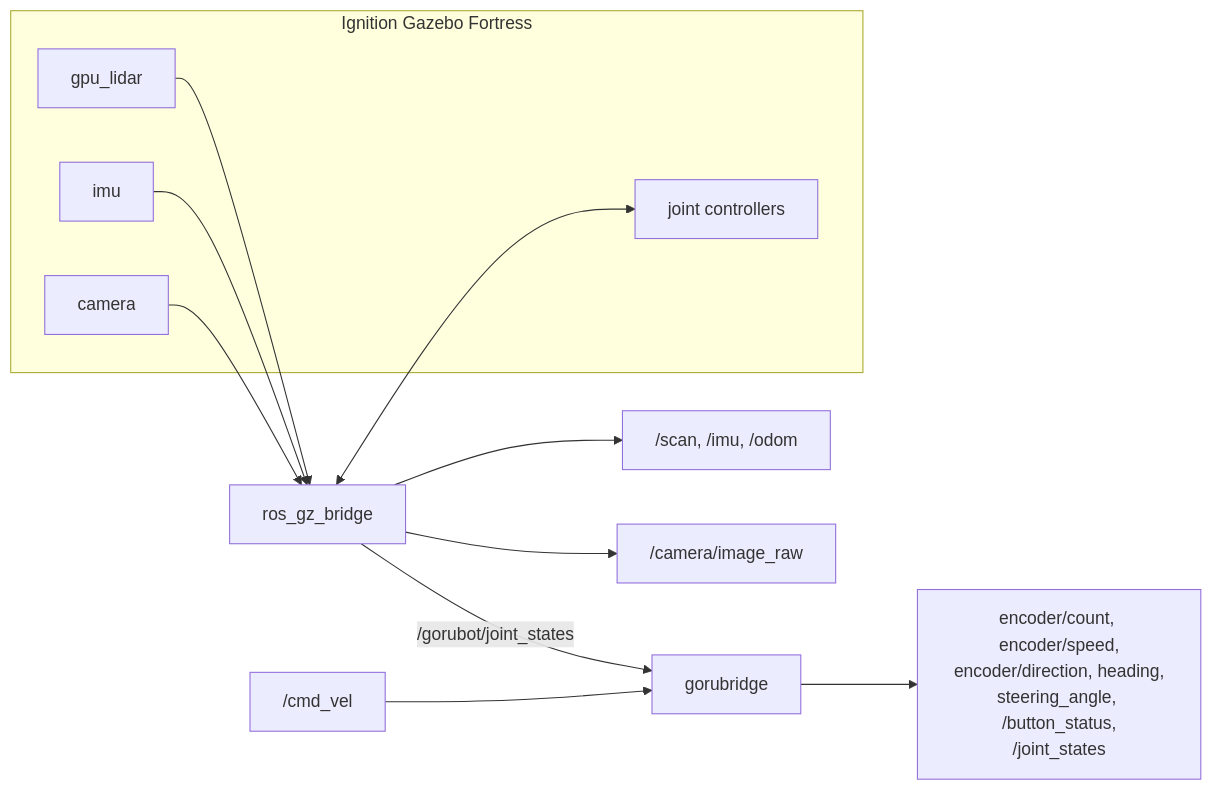
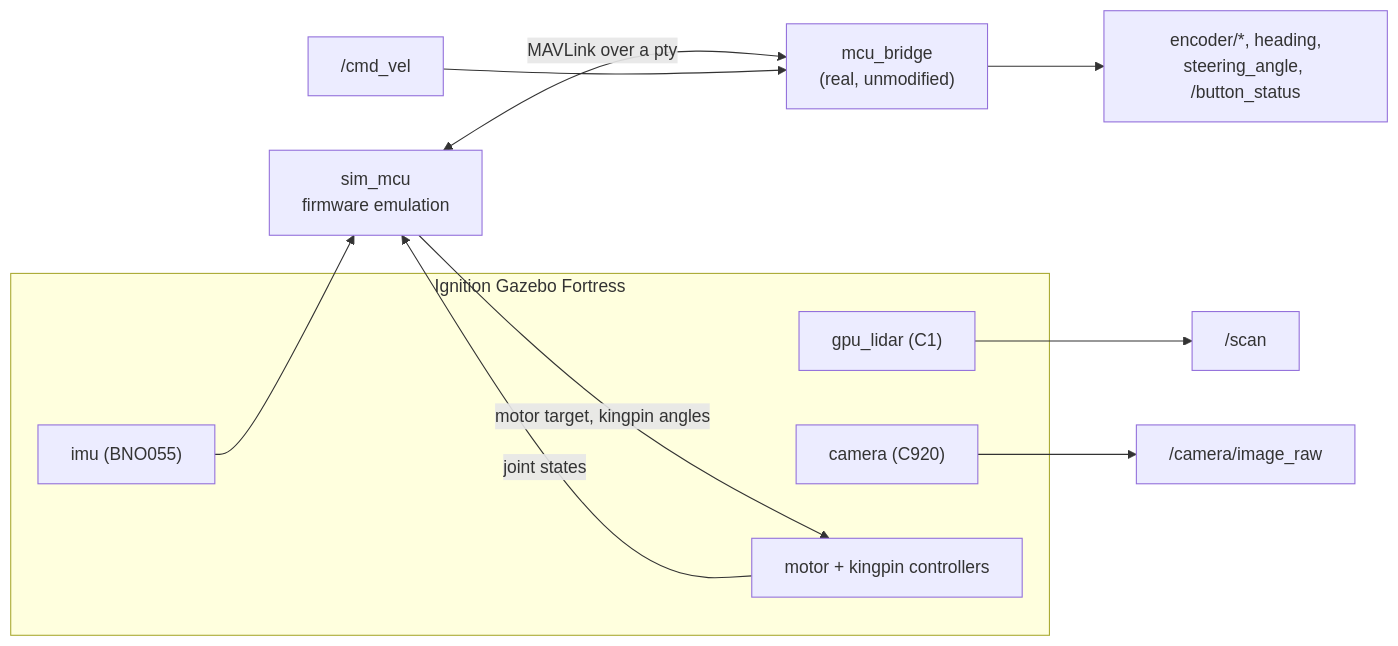
The diagram in gorusim/README.md (muztahiddurjoy/gorur_gari_2026), drawn with Mermaid before and after one commit. The commit also changed other lines of this file and 5 other files, not shown here.

````diff
--- a/gorusim/README.md
+++ b/gorusim/README.md
@@ -16,18 +9,17 @@
 ```mermaid
 flowchart LR
     subgraph GZ["Ignition Gazebo Fortress"]
-        LIDAR["gpu_lidar"]
-        IMU["imu"]
-        CAM["camera"]
-        JC["joint controllers"]
+        LIDAR["gpu_lidar (C1)"]
+        IMU["imu (BNO055)"]
+        CAM["camera (C920)"]
+        JC["motor + kingpin controllers"]
     end
-    LIDAR --> BRIDGE["ros_gz_bridge"]
-    IMU --> BRIDGE
-    CAM --> BRIDGE
-    BRIDGE --> TOPICS1["/scan, /imu, /odom"]
-    BRIDGE --> TOPICS2["/camera/image_raw"]
-    BRIDGE <--> JC
-    BRIDGE -->|"/gorubot/joint_states"| LB["gorubridge"]
-    CMDVEL["/cmd_vel"] --> LB
-    LB --> TELEM["encoder/count, encoder/speed,\nencoder/direction, heading,\nsteering_angle, /button_status,\n/joint_states"]
+    LIDAR --> SCAN["/scan"]
+    CAM --> IMG["/camera/image_raw"]
+    IMU --> MCU["sim_mcu<br/>firmware emulation"]
+    JC -->|joint states| MCU
+    MCU -->|motor target, kingpin angles| JC
+    MCU <-->|"MAVLink over a pty"| BRIDGE["mcu_bridge<br/>(real, unmodified)"]
+    CMD["/cmd_vel"] --> BRIDGE
+    BRIDGE --> TELEM["encoder/*, heading,<br/>steering_angle, /button_status"]
 ```
````
